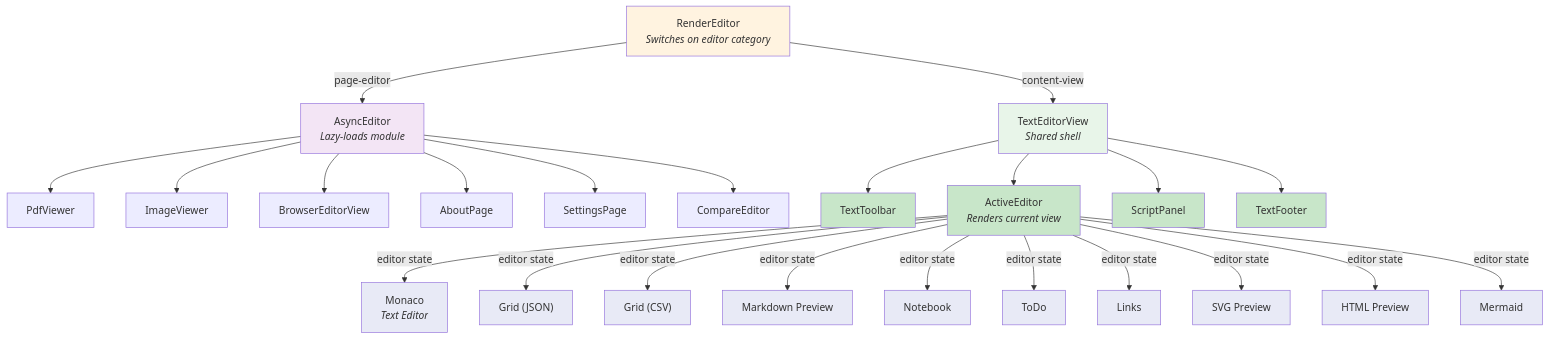
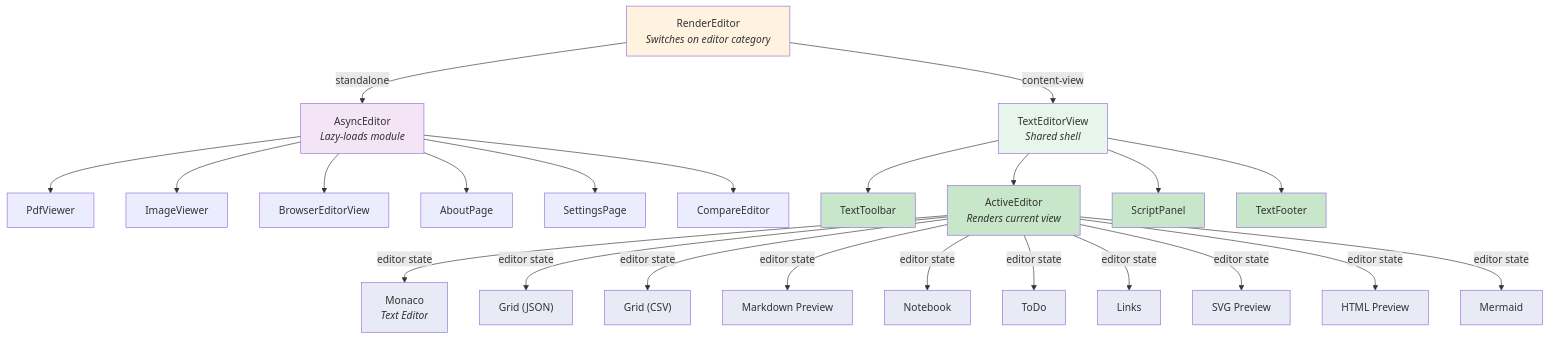
Before and after one commit to andriy-viyatyk/persephone: the diagram in doc/architecture/diagrams/3-rendering-architecture.mmd, drawn with Mermaid. The commit also changed 39 other files, not shown here.

First line of the commit message:
US-320: Rename remaining editor names + EditorCategory standalone + remove compat aliases

```diff
--- a/doc/architecture/diagrams/3-rendering-architecture.mmd
+++ b/doc/architecture/diagrams/3-rendering-architecture.mmd
@@ -1,46 +1,46 @@
 graph TB
     RP["RenderEditor<br/><i>Switches on editor category</i>"]
 
-    RP -->|"page-editor"| AE["AsyncEditor<br/><i>Lazy-loads module</i>"]
+    RP -->|"standalone"| AE["AsyncEditor<br/><i>Lazy-loads module</i>"]
     AE --> PDF["PdfViewer"]
     AE --> IMG["ImageViewer"]
     AE --> BR["BrowserEditorView"]
     AE --> AB["AboutPage"]
     AE --> SET["SettingsPage"]
     AE --> CMP["CompareEditor"]
 
     RP -->|"content-view"| TPV["TextEditorView<br/><i>Shared shell</i>"]
 
     TPV --> TB["TextToolbar"]
     TPV --> ACT["ActiveEditor<br/><i>Renders current view</i>"]
     TPV --> SP["ScriptPanel"]
     TPV --> TF["TextFooter"]
 
     ACT -->|"editor state"| MON["Monaco<br/><i>Text Editor</i>"]
     ACT -->|"editor state"| GJ["Grid (JSON)"]
     ACT -->|"editor state"| GC["Grid (CSV)"]
     ACT -->|"editor state"| MD["Markdown Preview"]
     ACT -->|"editor state"| NB["Notebook"]
     ACT -->|"editor state"| TD["ToDo"]
     ACT -->|"editor state"| LK["Links"]
     ACT -->|"editor state"| SVG["SVG Preview"]
     ACT -->|"editor state"| HTML["HTML Preview"]
     ACT -->|"editor state"| MMD["Mermaid"]
 
     style RP fill:#fff3e0
     style AE fill:#f3e5f5
     style TPV fill:#e8f5e9
     style TB fill:#c8e6c9
     style ACT fill:#c8e6c9
     style SP fill:#c8e6c9
     style TF fill:#c8e6c9
     style MON fill:#e8eaf6
     style GJ fill:#e8eaf6
     style GC fill:#e8eaf6
     style MD fill:#e8eaf6
     style NB fill:#e8eaf6
     style TD fill:#e8eaf6
     style LK fill:#e8eaf6
     style SVG fill:#e8eaf6
     style HTML fill:#e8eaf6
     style MMD fill:#e8eaf6
```
